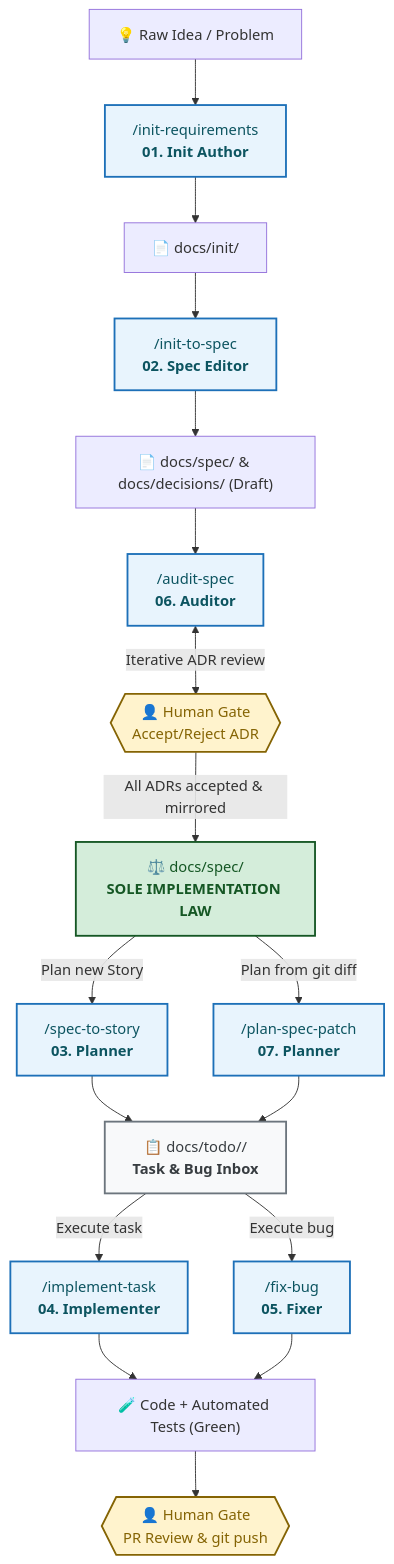
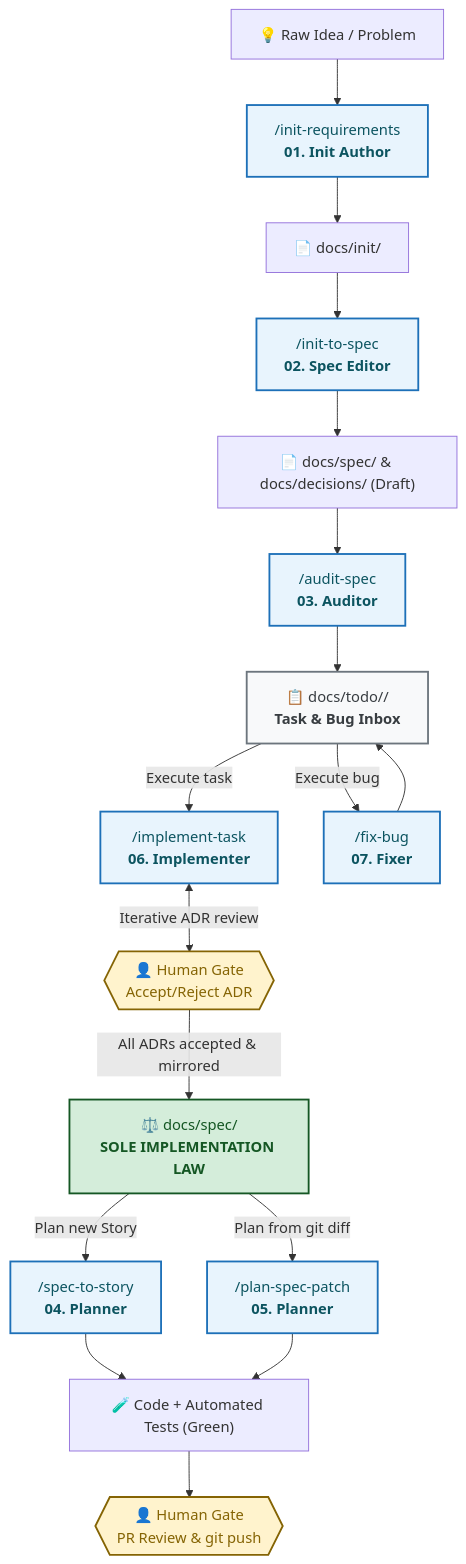
Before and after one commit to gste/deltafuse: the diagram in docs/process/README.md, drawn with Mermaid. The commit also changed 13 other files, not shown here.

Commit message:
refactor: renumber prompts and skills into natural chronological lifecycle sequence 01..07

````diff
--- a/docs/process/README.md
+++ b/docs/process/README.md
@@ -20,32 +20,32 @@
 ```mermaid
 flowchart TD
     classDef human fill:#fff3cd,stroke:#856404,stroke-width:2px,color:#856404;
     classDef skill fill:#e8f4fd,stroke:#1d70b8,stroke-width:2px,color:#0c5460;
     classDef law fill:#d4edda,stroke:#155724,stroke-width:2px,color:#155724;
     classDef inbox fill:#f8f9fa,stroke:#6c757d,stroke-width:2px,color:#383d41;
 
     Raw["💡 Raw Idea / Problem"] --> S1["/init-requirements<br><b>01. Init Author</b>"]:::skill
     S1 --> InitDoc["📄 docs/init/"]
 
     InitDoc --> S2["/init-to-spec<br><b>02. Spec Editor</b>"]:::skill
     S2 --> SpecDraft["📄 docs/spec/ & docs/decisions/ (Draft)"]
 
-    SpecDraft --> S6["/audit-spec<br><b>06. Auditor</b>"]:::skill
+    SpecDraft --> S3["/audit-spec<br><b>03. Auditor</b>"]:::skill
     S6 <-->|"Iterative ADR review"| Gate1{{"👤 Human Gate<br>Accept/Reject ADR"}}:::human
 
     Gate1 -->|"All ADRs accepted & mirrored"| SpecLaw["⚖️ docs/spec/<br><b>SOLE IMPLEMENTATION LAW</b>"]:::law
 
-    SpecLaw -->|"Plan new Story"| S3["/spec-to-story<br><b>03. Planner</b>"]:::skill
-    SpecLaw -->|"Plan from git diff"| S7["/plan-spec-patch<br><b>07. Planner</b>"]:::skill
+    SpecLaw -->|"Plan new Story"| S4["/spec-to-story<br><b>04. Planner</b>"]:::skill
+    SpecLaw -->|"Plan from git diff"| S5["/plan-spec-patch<br><b>05. Planner</b>"]:::skill
 
     S3 --> Inbox["📋 docs/todo/<story>/<br><b>Task & Bug Inbox</b>"]:::inbox
     S7 --> Inbox
 
-    Inbox -->|"Execute task"| S4["/implement-task<br><b>04. Implementer</b>"]:::skill
-    Inbox -->|"Execute bug"| S5["/fix-bug<br><b>05. Fixer</b>"]:::skill
+    Inbox -->|"Execute task"| S6["/implement-task<br><b>06. Implementer</b>"]:::skill
+    Inbox -->|"Execute bug"| S7["/fix-bug<br><b>07. Fixer</b>"]:::skill
 
     S4 --> Code["🧪 Code + Automated Tests (Green)"]
     S5 --> Code
 
     Code --> Gate2{{"👤 Human Gate<br>PR Review & git push"}}:::human
 ```
````
